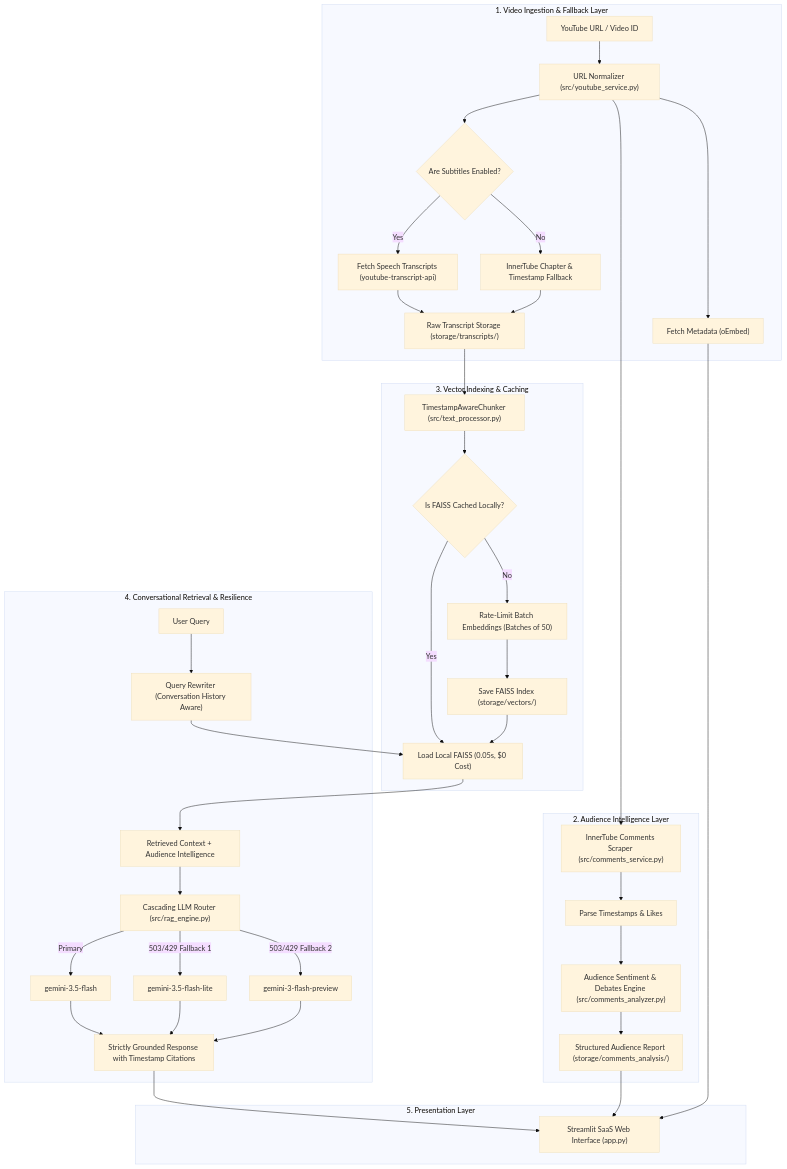
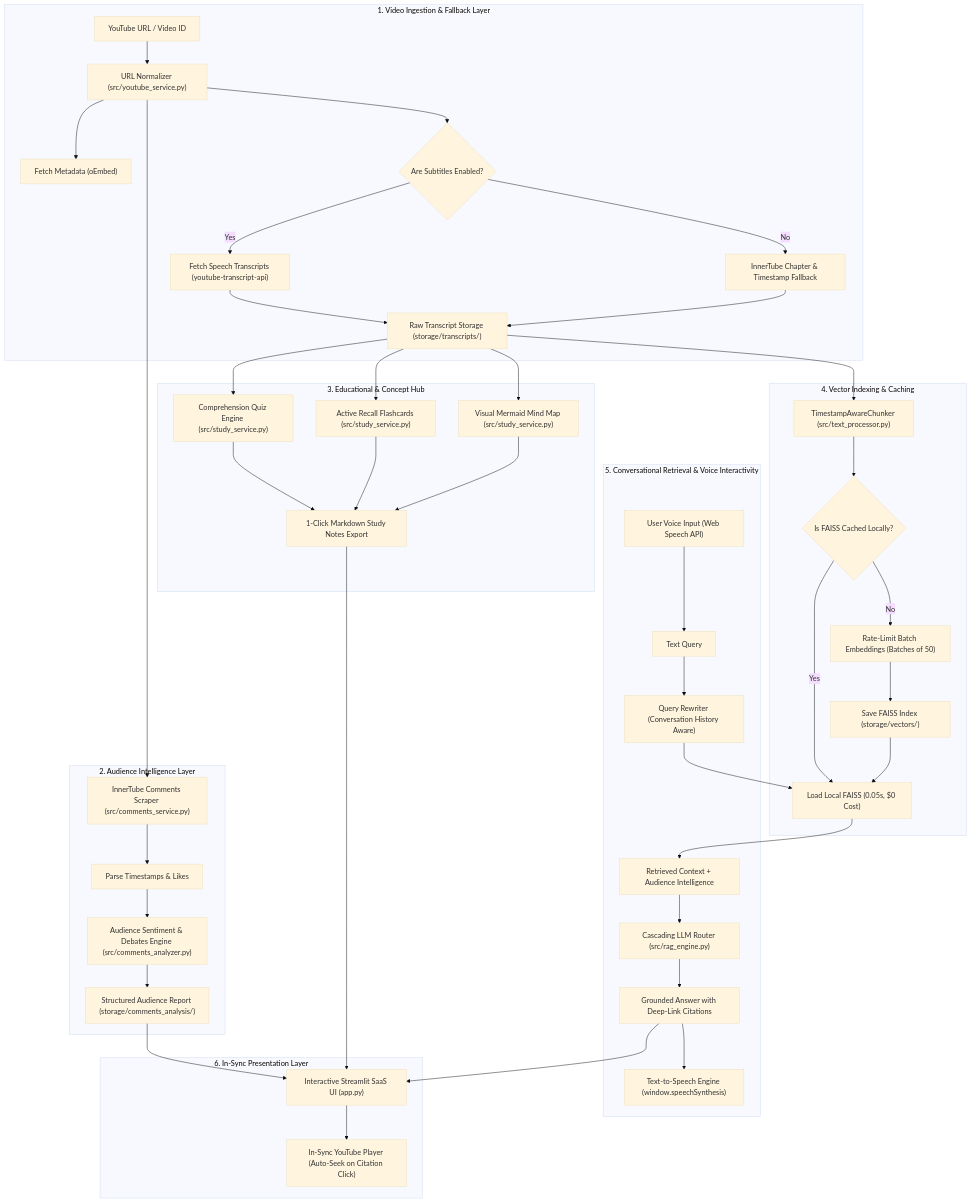
One commit to AnandPatekhede16/Youtube-Chatbot_RAG changed the diagram in README.md. Above: the diagram before and after it, drawn with Mermaid (base theme). The commit also changed other lines of this file and 5 other files, not shown here.

Commit message:
feat: implement interactive study hub, in-sync video player, and voice interaction

````diff
--- a/README.md
+++ b/README.md
@@ -95,45 +107,51 @@
 ```mermaid
 flowchart TD
     subgraph INGESTION["1. Video Ingestion & Fallback Layer"]
         A["YouTube URL / Video ID"] --> B["URL Normalizer (src/youtube_service.py)"]
         B --> C["Fetch Metadata (oEmbed)"]
         B --> D{"Are Subtitles Enabled?"}
         D -- Yes --> E["Fetch Speech Transcripts (youtube-transcript-api)"]
         D -- No --> F["InnerTube Chapter & Timestamp Fallback"]
         E --> G["Raw Transcript Storage (storage/transcripts/)"]
         F --> G
     end
 
     subgraph AUDIENCE["2. Audience Intelligence Layer"]
         B --> H["InnerTube Comments Scraper (src/comments_service.py)"]
         H --> I["Parse Timestamps & Likes"]
         I --> J["Audience Sentiment & Debates Engine (src/comments_analyzer.py)"]
         J --> K["Structured Audience Report (storage/comments_analysis/)"]
     end
 
-    subgraph INDEXING["3. Vector Indexing & Caching"]
-        G --> L["TimestampAwareChunker (src/text_processor.py)"]
-        L --> M{"Is FAISS Cached Locally?"}
-        M -- Yes --> N["Load Local FAISS (0.05s, $0 Cost)"]
-        M -- No --> O["Rate-Limit Batch Embeddings (Batches of 50)"]
-        O --> P["Save FAISS Index (storage/vectors/)"]
-        P --> N
+    subgraph STUDY_LAYER["3. Educational & Concept Hub"]
+        G --> L1["Comprehension Quiz Engine (src/study_service.py)"]
+        G --> L2["Active Recall Flashcards (src/study_service.py)"]
+        G --> L3["Visual Mermaid Mind Map (src/study_service.py)"]
+        L1 & L2 & L3 --> L4["1-Click Markdown Study Notes Export"]
     end
 
-    subgraph RAG_CORE["4. Conversational Retrieval & Resilience"]
-        Q["User Query"] --> R["Query Rewriter (Conversation History Aware)"]
-        R --> N
-        N --> S["Retrieved Context + Audience Intelligence"]
-        S --> T["Cascading LLM Router (src/rag_engine.py)"]
-        T -->|Primary| U["gemini-3.5-flash"]
-        T -->|503/429 Fallback 1| V["gemini-3.5-flash-lite"]
-        T -->|503/429 Fallback 2| W["gemini-3-flash-preview"]
-        U & V & W --> X["Strictly Grounded Response with Timestamp Citations"]
+    subgraph INDEXING["4. Vector Indexing & Caching"]
+        G --> M["TimestampAwareChunker (src/text_processor.py)"]
+        M --> N{"Is FAISS Cached Locally?"}
+        N -- Yes --> O["Load Local FAISS (0.05s, $0 Cost)"]
+        N -- No --> P["Rate-Limit Batch Embeddings (Batches of 50)"]
+        P --> Q["Save FAISS Index (storage/vectors/)"]
+        Q --> O
     end
 
-    subgraph UI["5. Presentation Layer"]
-        X --> Y["Streamlit SaaS Web Interface (app.py)"]
-        K --> Y
-        C --> Y
+    subgraph RAG_CORE["5. Conversational Retrieval & Voice Interactivity"]
+        R1["User Voice Input (Web Speech API)"] --> R2["Text Query"]
+        R2 --> S["Query Rewriter (Conversation History Aware)"]
+        S --> O
+        O --> T["Retrieved Context + Audience Intelligence"]
+        T --> U["Cascading LLM Router (src/rag_engine.py)"]
+        U --> V["Grounded Answer with Deep-Link Citations"]
+        V --> W["Text-to-Speech Engine (window.speechSynthesis)"]
+    end
+
+    subgraph UI["6. In-Sync Presentation Layer"]
+        V --> X["Interactive Streamlit SaaS UI (app.py)"]
+        X --> Y["In-Sync YouTube Player (Auto-Seek on Citation Click)"]
+        K & L4 --> X
     end
 ```
````
